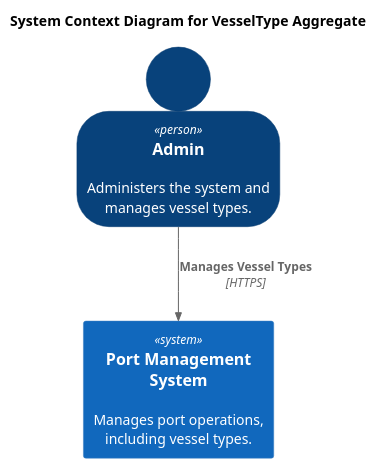
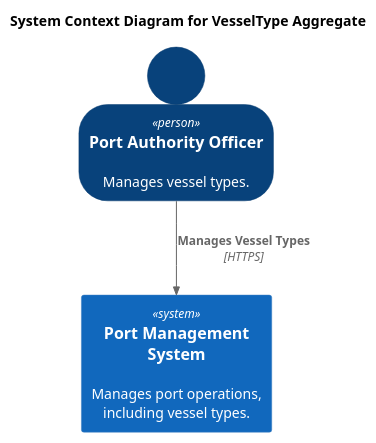
Before and after one commit to igor-coutinho22/Port_Management_System: the diagram in docs/C4Diagrams/Aggregates/VesselType/1_Context.puml, drawn with PlantUML. The commit also changed 10 other files, not shown here.

Commit message:
fixes in C4 diagrams names

```diff
--- a/docs/C4Diagrams/Aggregates/VesselType/1_Context.puml
+++ b/docs/C4Diagrams/Aggregates/VesselType/1_Context.puml
@@ -1,14 +1,14 @@
 @startuml
 !include https://raw.githubusercontent.com/plantuml-stdlib/C4-PlantUML/master/C4_Context.puml
 
 SHOW_PERSON_OUTLINE()
 
 title System Context Diagram for VesselType Aggregate
 
-Person(admin, "Admin", "Administers the system and manages vessel types.")
+Person(officer, "Port Authority Officer", "Manages vessel types.")
 
 System(portSystem, "Port Management System", "Manages port operations, including vessel types.")
 
-Rel(admin, portSystem, "Manages Vessel Types", "HTTPS")
+Rel(officer, portSystem, "Manages Vessel Types", "HTTPS")
 
 @enduml
```
